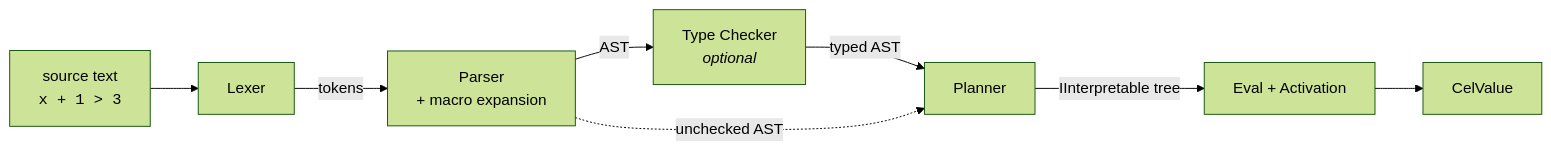
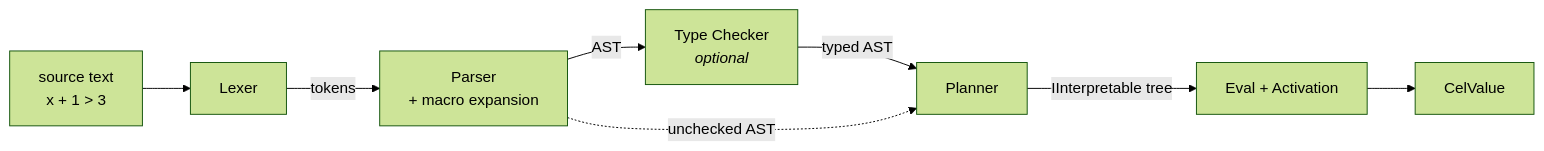
Before and after one commit to bsidio/celly: the first of 3 diagrams in docs/internals/architecture.md, drawn with Mermaid (forest theme). The commit also changed other lines of this file, not shown here.

Commit message:
docs: fix mermaid parse errors in architecture diagrams

````diff
--- a/docs/internals/architecture.md
+++ b/docs/internals/architecture.md
@@ -10,10 +10,10 @@
 ```mermaid
 flowchart LR
-    SRC["source text<br/><code>x + 1 > 3</code>"] --> LEX[Lexer]
+    SRC["source text<br/>x + 1 &gt; 3"] --> LEX[Lexer]
     LEX -->|tokens| PARSE[Parser<br/>+ macro expansion]
     PARSE -->|AST| CHECK[Type Checker<br/><i>optional</i>]
     CHECK -->|typed AST| PLAN[Planner]
     PARSE -.->|unchecked AST| PLAN
     PLAN -->|IInterpretable tree| EVAL[Eval + Activation]
     EVAL --> VAL["CelValue"]
 ```
````
